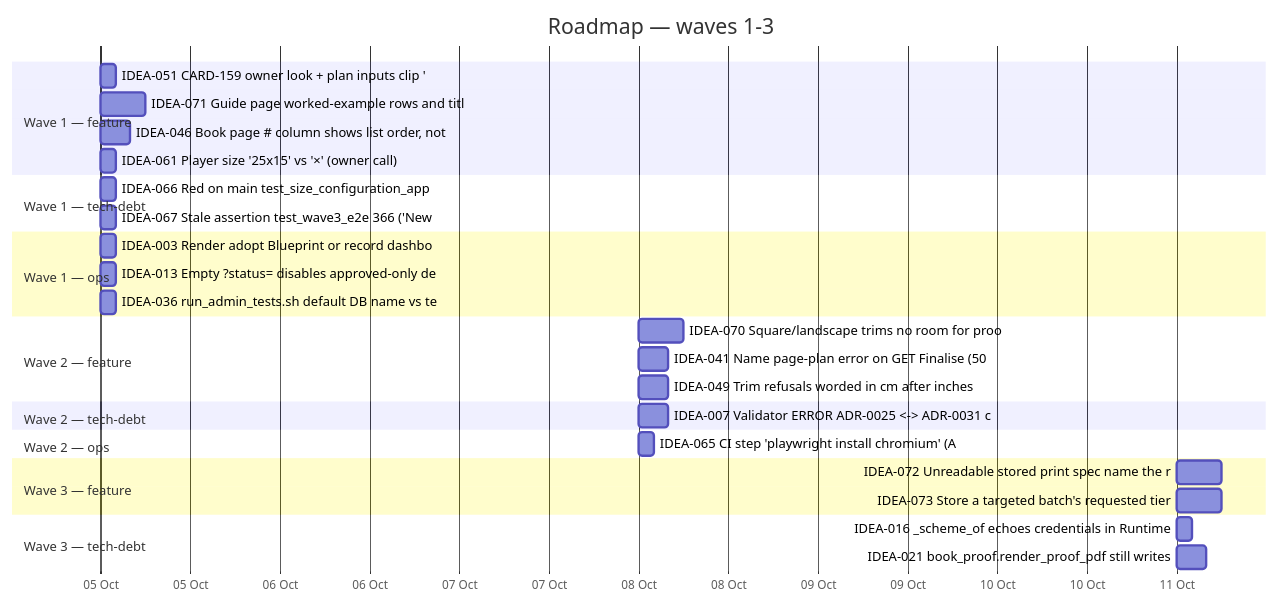
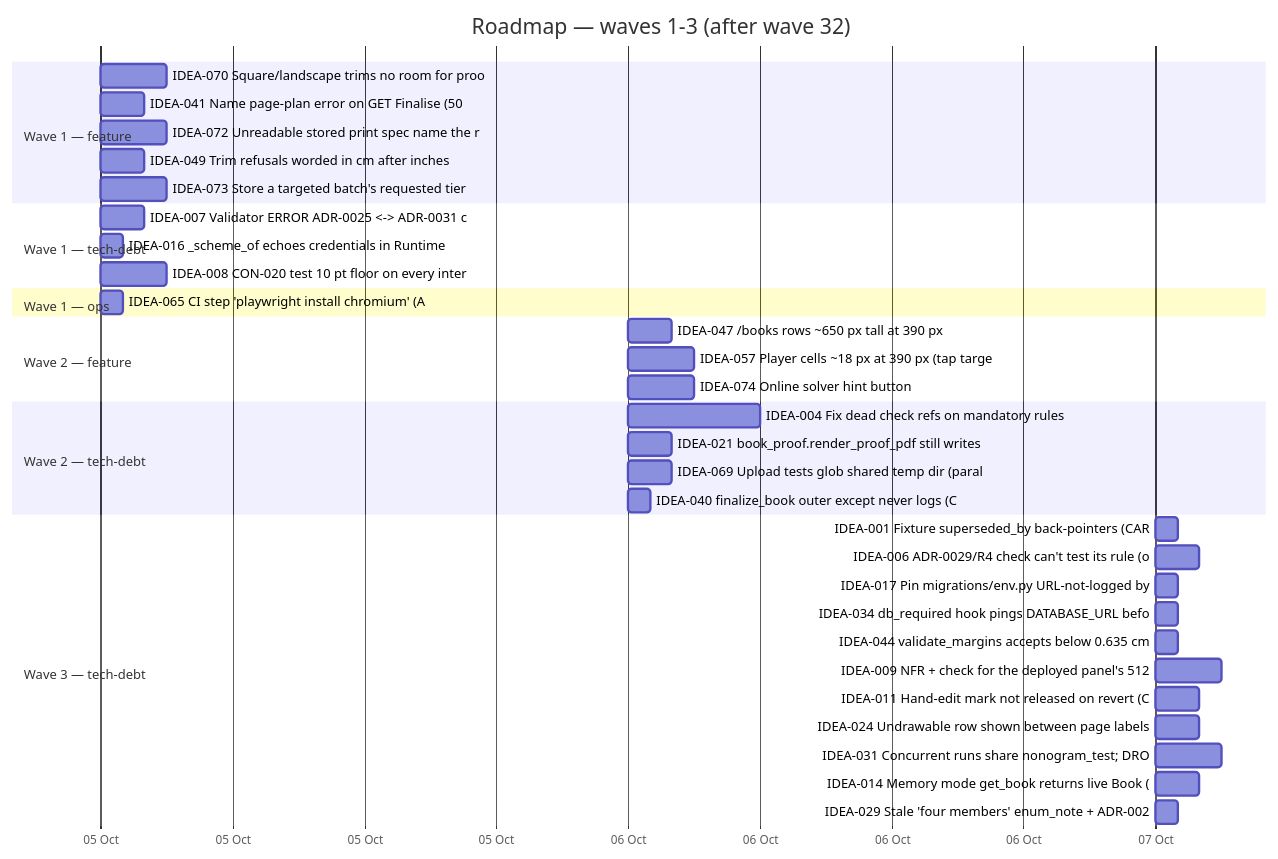
The diagram in meta/kanban/roadmap.md (et0175/nonogram), drawn with Mermaid before and after one commit. The commit also changed other lines of this file and 1 other file, not shown here.

Commit message:
roadmap: re-plan after wave 32 — day calibration halved, 64 scored ideas in 8 waves

````diff
--- a/meta/kanban/roadmap.md
+++ b/meta/kanban/roadmap.md
@@ -173,32 +181,39 @@
 ```mermaid
 gantt
-  title Roadmap — waves 1-3
+  title Roadmap — waves 1-3 (after wave 32)
   dateFormat YYYY-MM-DD
   axisFormat %d %b
   section Wave 1 — feature
-    IDEA-051 CARD-159 owner look + plan inputs clip ' :idea051, 2026-10-05, 2h
-    IDEA-071 Guide page  worked-example rows and titl :idea071, 2026-10-05, 6h
-    IDEA-046 Book page # column shows list order, not :idea046, 2026-10-05, 4h
-    IDEA-061 Player size '25x15' vs '×' (owner call) :idea061, 2026-10-05, 2h
+    IDEA-070 Square/landscape trims  no room for proo :idea070, 2026-10-05, 3h
+    IDEA-041 Name page-plan error on GET Finalise (50 :idea041, 2026-10-05, 2h
+    IDEA-072 Unreadable stored print spec  name the r :idea072, 2026-10-05, 3h
+    IDEA-049 Trim refusals worded in cm after inches  :idea049, 2026-10-05, 2h
+    IDEA-073 Store a targeted batch's requested tier  :idea073, 2026-10-05, 3h
   section Wave 1 — tech-debt
-    IDEA-066 Red on main  test_size_configuration_app :idea066, 2026-10-05, 2h
-    IDEA-067 Stale assertion test_wave3_e2e 366 ('New :idea067, 2026-10-05, 2h
+    IDEA-007 Validator ERROR  ADR-0025 <-> ADR-0031 c :idea007, 2026-10-05, 2h
+    IDEA-016 _scheme_of echoes credentials in Runtime :idea016, 2026-10-05, 1h
+    IDEA-008 CON-020  test 10 pt floor on every inter :idea008, 2026-10-05, 3h
   section Wave 1 — ops
-    IDEA-003 Render  adopt Blueprint or record dashbo :idea003, 2026-10-05, 2h
-    IDEA-013 Empty ?status= disables approved-only de :idea013, 2026-10-05, 2h
-    IDEA-036 run_admin_tests.sh default DB name vs te :idea036, 2026-10-05, 2h
+    IDEA-065 CI step 'playwright install chromium' (A :idea065, 2026-10-05, 1h
   section Wave 2 — feature
-    IDEA-070 Square/landscape trims  no room for proo :idea070, 2026-10-08, 6h
-    IDEA-041 Name page-plan error on GET Finalise (50 :idea041, 2026-10-08, 4h
-    IDEA-049 Trim refusals worded in cm after inches  :idea049, 2026-10-08, 4h
+    IDEA-047 /books rows ~650 px tall at 390 px :idea047, 2026-10-06, 2h
+    IDEA-057 Player cells ~18 px at 390 px (tap targe :idea057, 2026-10-06, 3h
+    IDEA-074 Online solver hint button :idea074, 2026-10-06, 3h
   section Wave 2 — tech-debt
-    IDEA-007 Validator ERROR  ADR-0025 <-> ADR-0031 c :idea007, 2026-10-08, 4h
-  section Wave 2 — ops
-    IDEA-065 CI step 'playwright install chromium' (A :idea065, 2026-10-08, 2h
-  section Wave 3 — feature
-    IDEA-072 Unreadable stored print spec  name the r :idea072, 2026-10-11, 6h
-    IDEA-073 Store a targeted batch's requested tier  :idea073, 2026-10-11, 6h
+    IDEA-004 Fix dead check  refs on mandatory rules  :idea004, 2026-10-06, 6h
+    IDEA-021 book_proof.render_proof_pdf still writes :idea021, 2026-10-06, 2h
+    IDEA-069 Upload tests glob shared temp dir (paral :idea069, 2026-10-06, 2h
+    IDEA-040 finalize_book outer except never logs (C :idea040, 2026-10-06, 1h
   section Wave 3 — tech-debt
-    IDEA-016 _scheme_of echoes credentials in Runtime :idea016, 2026-10-11, 2h
-    IDEA-021 book_proof.render_proof_pdf still writes :idea021, 2026-10-11, 4h
+    IDEA-001 Fixture superseded_by back-pointers (CAR :idea001, 2026-10-07, 1h
+    IDEA-006 ADR-0029/R4 check can't test its rule (o :idea006, 2026-10-07, 2h
+    IDEA-017 Pin migrations/env.py URL-not-logged by  :idea017, 2026-10-07, 1h
+    IDEA-034 db_required hook pings DATABASE_URL befo :idea034, 2026-10-07, 1h
+    IDEA-044 validate_margins accepts below 0.635 cm  :idea044, 2026-10-07, 1h
+    IDEA-009 NFR + check for the deployed panel's 512 :idea009, 2026-10-07, 3h
+    IDEA-011 Hand-edit mark not released on revert (C :idea011, 2026-10-07, 2h
+    IDEA-024 Undrawable row shown between page labels :idea024, 2026-10-07, 2h
+    IDEA-031 Concurrent runs share nonogram_test; DRO :idea031, 2026-10-07, 3h
+    IDEA-014 Memory mode get_book returns live Book ( :idea014, 2026-10-07, 2h
+    IDEA-029 Stale 'four members' enum_note + ADR-002 :idea029, 2026-10-07, 1h
 ```
````
